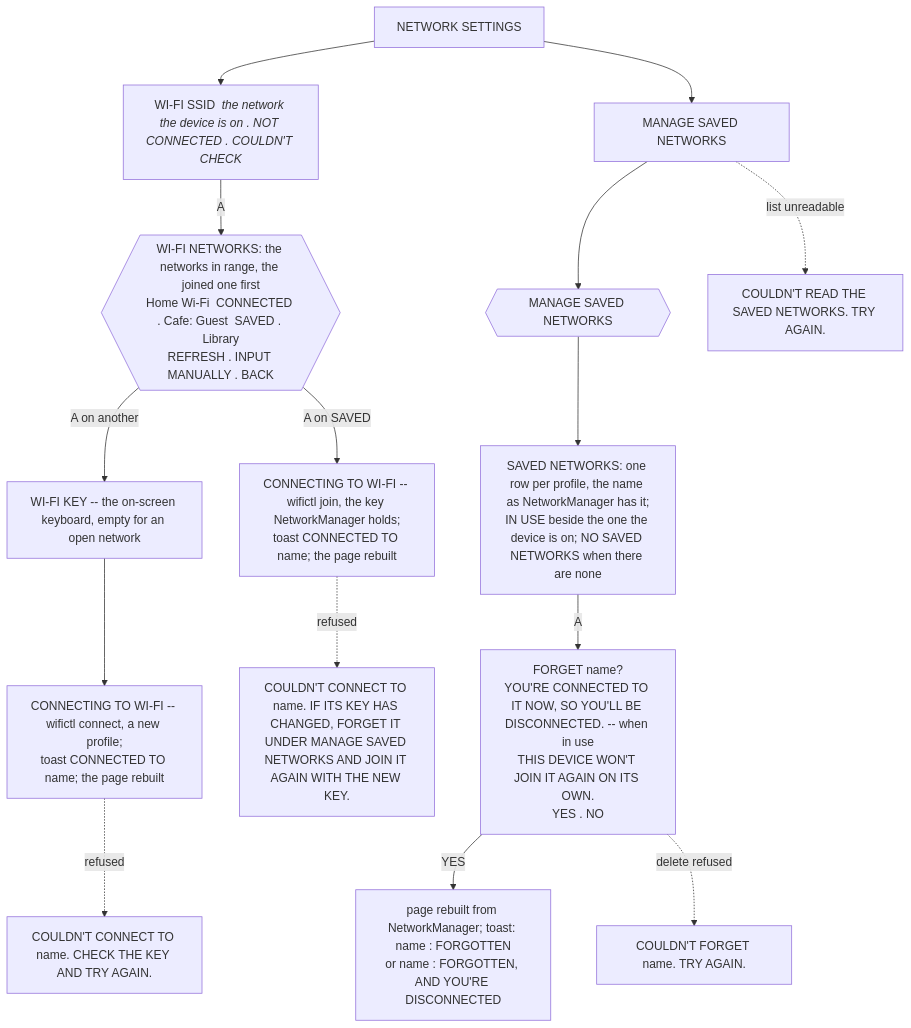
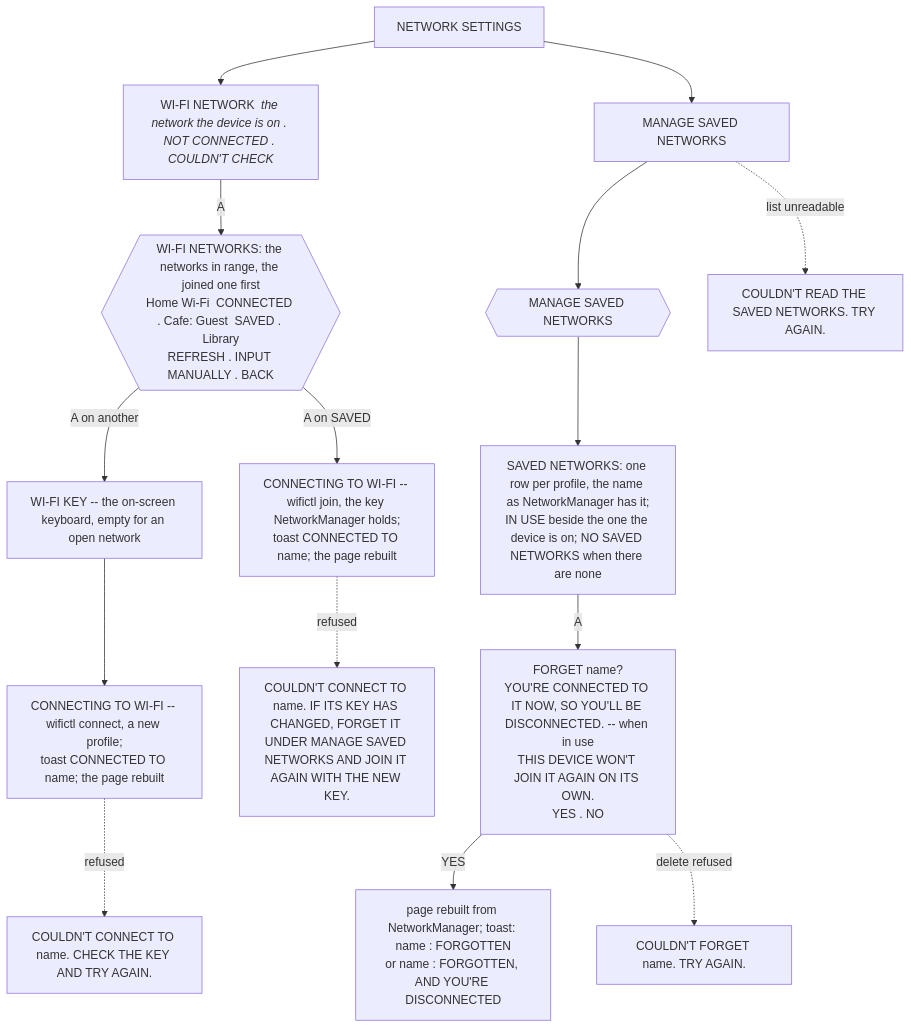
One commit to maxengel/rocknix changed the third of 4 diagrams in docs/es-menu-map.md. Above: the diagram before and after it, drawn with Mermaid. The commit also changed other lines of this file and 2 other files, not shown here.

````diff
--- a/docs/es-menu-map.md
+++ b/docs/es-menu-map.md
@@ -176,17 +176,17 @@
 ```mermaid
 flowchart TD
-    NET[NETWORK SETTINGS] --> SSID[WI-FI SSID  <i>the network the device is on . NOT CONNECTED . COULDN'T CHECK</i>]
+    NET[NETWORK SETTINGS] --> SSID[WI-FI NETWORK  <i>the network the device is on . NOT CONNECTED . COULDN'T CHECK</i>]
     SSID -->|A| PICK{{WI-FI NETWORKS: the networks in range, the joined one first<br/>Home Wi-Fi  CONNECTED . Cafe: Guest  SAVED . Library<br/>REFRESH . INPUT MANUALLY . BACK}}
     PICK -->|A on SAVED| JOIN[CONNECTING TO WI-FI -- wifictl join, the key NetworkManager holds;<br/>toast CONNECTED TO name; the page rebuilt]
     PICK -->|A on another| KEY[WI-FI KEY -- the on-screen keyboard, empty for an open network]
     KEY --> CONN[CONNECTING TO WI-FI -- wifictl connect, a new profile;<br/>toast CONNECTED TO name; the page rebuilt]
     JOIN -.->|refused| ERR3[COULDN'T CONNECT TO name. IF ITS KEY HAS CHANGED, FORGET IT UNDER MANAGE SAVED NETWORKS AND JOIN IT AGAIN WITH THE NEW KEY.]
     CONN -.->|refused| ERR4[COULDN'T CONNECT TO name. CHECK THE KEY AND TRY AGAIN.]
     NET --> MN[MANAGE SAVED NETWORKS]
     MN --> PAGE{{MANAGE SAVED NETWORKS}}
     PAGE --> ROWS[SAVED NETWORKS: one row per profile, the name as NetworkManager has it;<br/>IN USE beside the one the device is on; NO SAVED NETWORKS when there are none]
     ROWS -->|A| ASK[FORGET name?<br/>YOU'RE CONNECTED TO IT NOW, SO YOU'LL BE DISCONNECTED. -- when in use<br/>THIS DEVICE WON'T JOIN IT AGAIN ON ITS OWN.<br/>YES . NO]
     ASK -->|YES| DONE[page rebuilt from NetworkManager; toast: name : FORGOTTEN<br/>or name : FORGOTTEN, AND YOU'RE DISCONNECTED]
     ASK -.->|delete refused| ERR[COULDN'T FORGET name. TRY AGAIN.]
     MN -.->|list unreadable| ERR2[COULDN'T READ THE SAVED NETWORKS. TRY AGAIN.]
 ```
````
